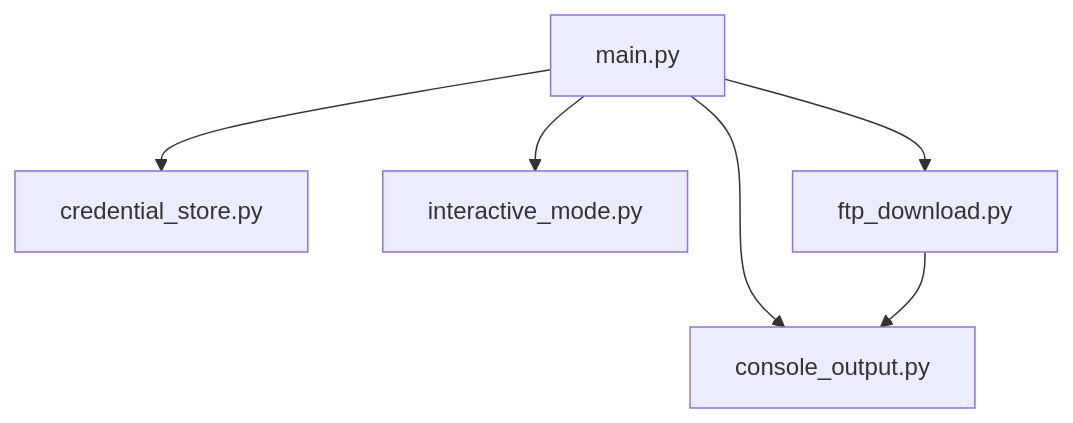
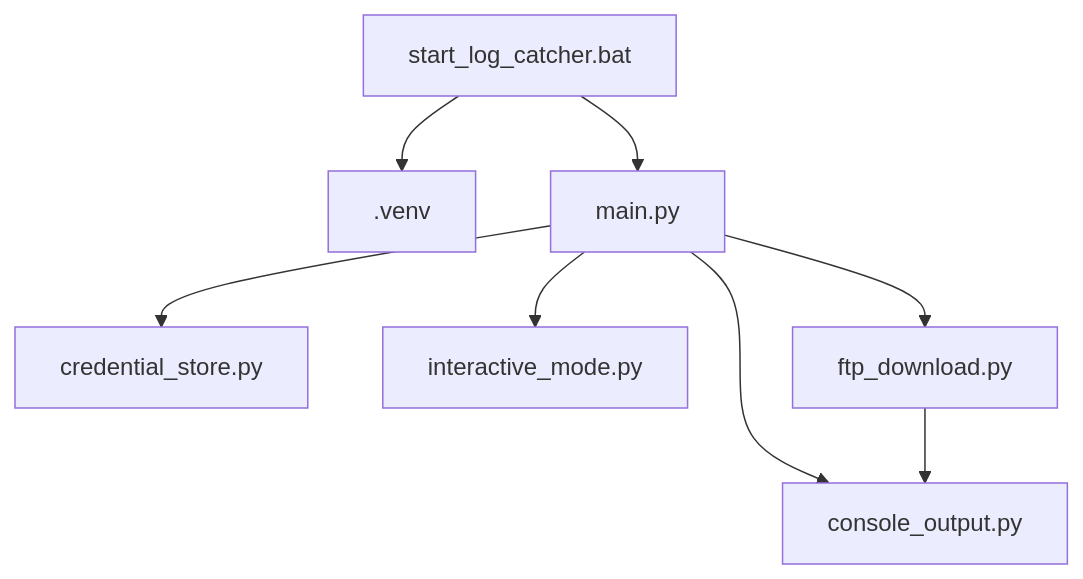
One commit to CKosAxsol/wstechLogCatcher changed the diagram in docs/architecture.md. Above: the diagram before and after it, drawn with Mermaid. The commit also changed other lines of this file and 7 other files, not shown here.

````diff
--- a/docs/architecture.md
+++ b/docs/architecture.md
@@ -7,8 +7,10 @@
 ```mermaid
 flowchart TD
+  X[start_log_catcher.bat] --> Y[.venv]
+  X --> A[main.py]
   A[main.py] --> B[credential_store.py]
   A --> C[interactive_mode.py]
   A --> D[ftp_download.py]
   A --> E[console_output.py]
   D --> E
 ```
````
